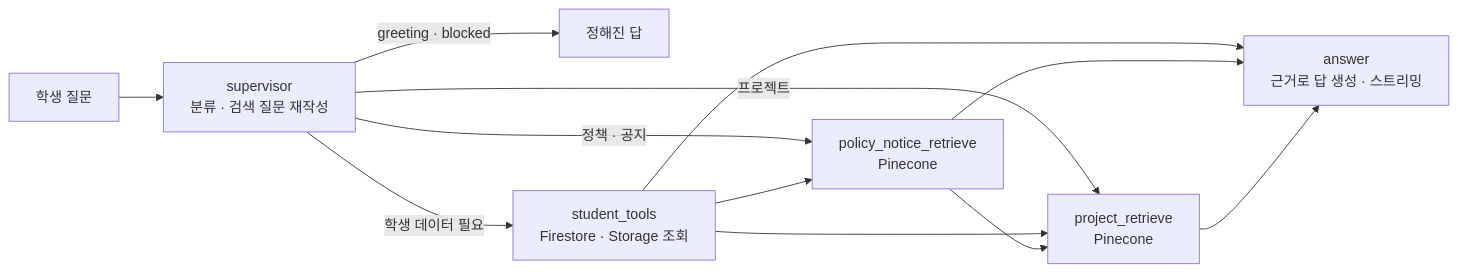
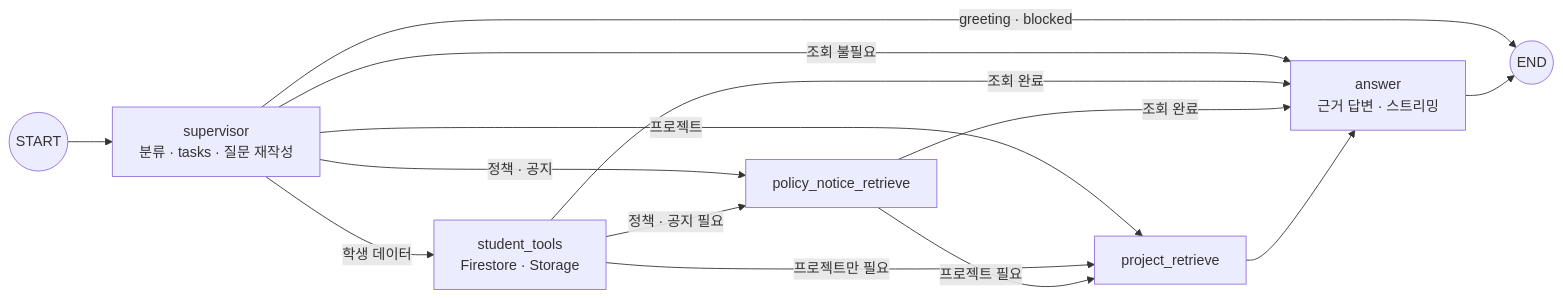
One commit to SKNETWORKS-FAMILY-AICAMP/SKN34-3rd-2Team changed the diagram in chatbot/README.md. Above: the diagram before and after it, drawn with Mermaid. The commit also changed other lines of this file and 8 other files, not shown here.

````diff
--- a/chatbot/README.md
+++ b/chatbot/README.md
@@ -18,14 +18,16 @@
 ```mermaid
 flowchart LR
-  Q["학생 질문"] --> SV["supervisor<br>분류 · 검색 질문 재작성"]
-  SV -->|greeting · blocked| END1["정해진 답"]
-  SV -->|학생 데이터 필요| ST["student_tools<br>Firestore · Storage 조회"]
-  SV -->|정책 · 공지| PN["policy_notice_retrieve<br>Pinecone"]
-  SV -->|프로젝트| PR["project_retrieve<br>Pinecone"]
-  ST --> PN
-  ST --> PR
-  ST --> AN
-  PN --> PR
-  PN --> AN["answer<br>근거로 답 생성 · 스트리밍"]
+  START((START)) --> SV["supervisor<br>분류 · tasks · 질문 재작성"]
+  SV -->|greeting · blocked| END((END))
+  SV -->|학생 데이터| ST["student_tools<br>Firestore · Storage"]
+  SV -->|정책 · 공지| PN["policy_notice_retrieve"]
+  SV -->|프로젝트| PR["project_retrieve"]
+  SV -->|조회 불필요| AN["answer<br>근거 답변 · 스트리밍"]
+  ST -->|정책 · 공지 필요| PN
+  ST -->|프로젝트만 필요| PR
+  ST -->|조회 완료| AN
+  PN -->|프로젝트 필요| PR
+  PN -->|조회 완료| AN
   PR --> AN
+  AN --> END
 ```
````
